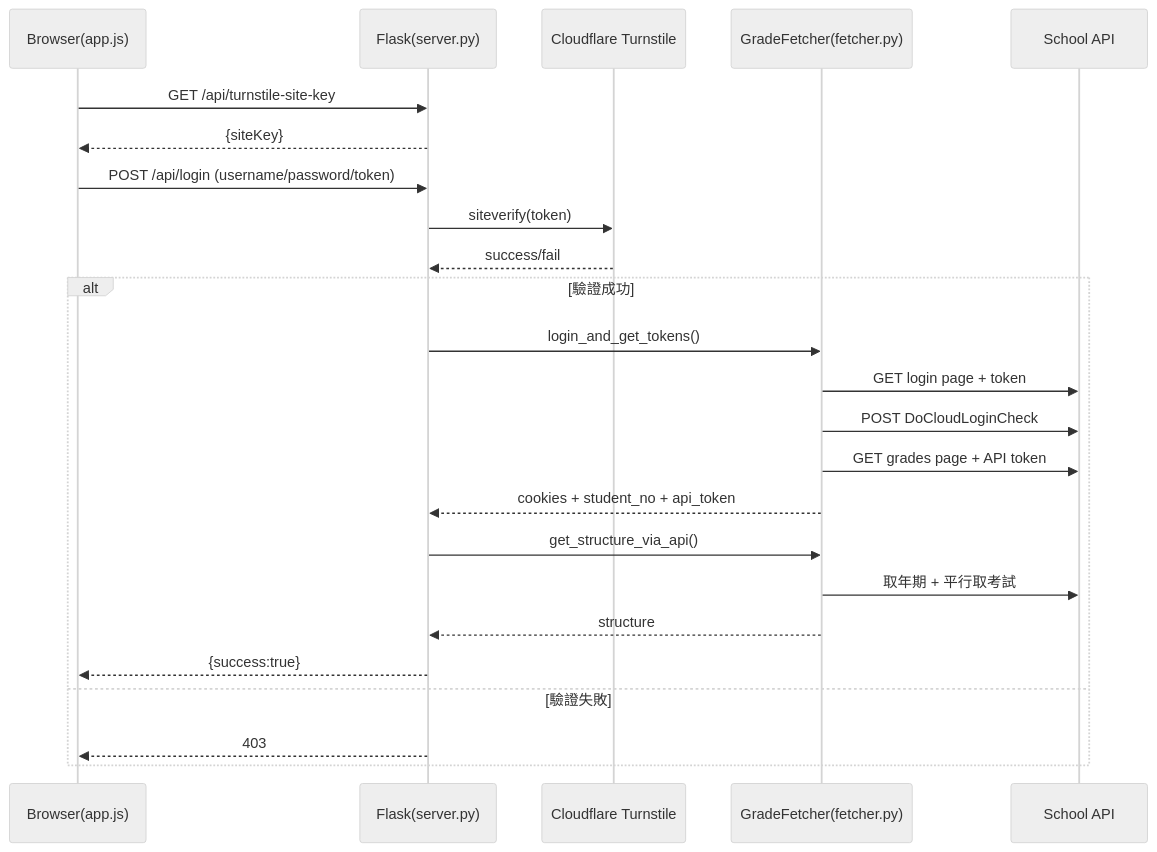
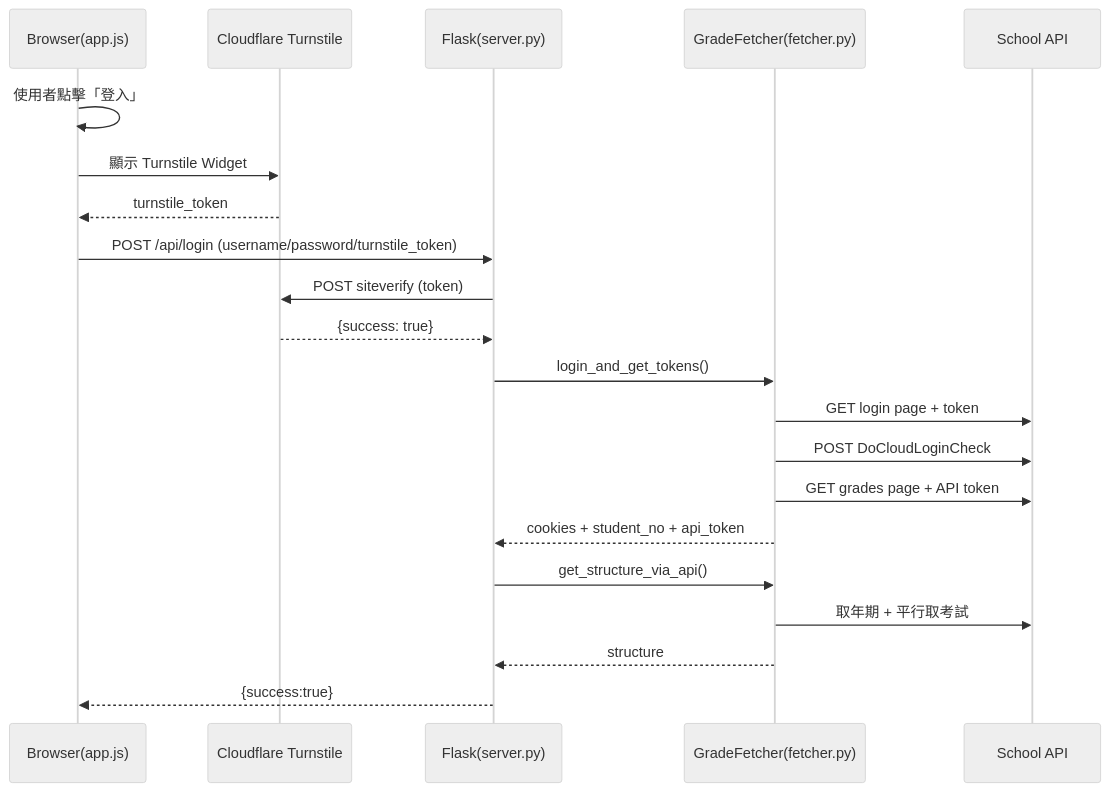
One commit to alvin000009238/grades changed the second of 4 diagrams in docs/ARCHITECTURE.md. Above: the diagram before and after it, drawn with Mermaid (neutral theme). The commit also changed other lines of this file and 9 other files, not shown here.

Commit message:
feat: 加入 Cloudflare Turnstile 人機驗證（登入/分享）

````diff
--- a/docs/ARCHITECTURE.md
+++ b/docs/ARCHITECTURE.md
@@ -200,28 +203,24 @@
 ```mermaid
 sequenceDiagram
     participant Browser as Browser(app.js)
+    participant CF as Cloudflare Turnstile
     participant Server as Flask(server.py)
-    participant Turnstile as Cloudflare Turnstile
     participant Fetcher as GradeFetcher(fetcher.py)
     participant School as School API
 
-    Browser->>Server: GET /api/turnstile-site-key
-    Server-->>Browser: {siteKey}
-
-    Browser->>Server: POST /api/login (username/password/token)
-    Server->>Turnstile: siteverify(token)
-    Turnstile-->>Server: success/fail
-    alt 驗證成功
-        Server->>Fetcher: login_and_get_tokens()
-        Fetcher->>School: GET login page + token
-        Fetcher->>School: POST DoCloudLoginCheck
-        Fetcher->>School: GET grades page + API token
-        Fetcher-->>Server: cookies + student_no + api_token
-        Server->>Fetcher: get_structure_via_api()
-        Fetcher->>School: 取年期 + 平行取考試
-        Fetcher-->>Server: structure
-        Server-->>Browser: {success:true}
-    else 驗證失敗
-        Server-->>Browser: 403
-    end
+    Browser->>Browser: 使用者點擊「登入」
+    Browser->>CF: 顯示 Turnstile Widget
+    CF-->>Browser: turnstile_token
+    Browser->>Server: POST /api/login (username/password/turnstile_token)
+    Server->>CF: POST siteverify (token)
+    CF-->>Server: {success: true}
+    Server->>Fetcher: login_and_get_tokens()
+    Fetcher->>School: GET login page + token
+    Fetcher->>School: POST DoCloudLoginCheck
+    Fetcher->>School: GET grades page + API token
+    Fetcher-->>Server: cookies + student_no + api_token
+    Server->>Fetcher: get_structure_via_api()
+    Fetcher->>School: 取年期 + 平行取考試
+    Fetcher-->>Server: structure
+    Server-->>Browser: {success:true}
 ```
````
